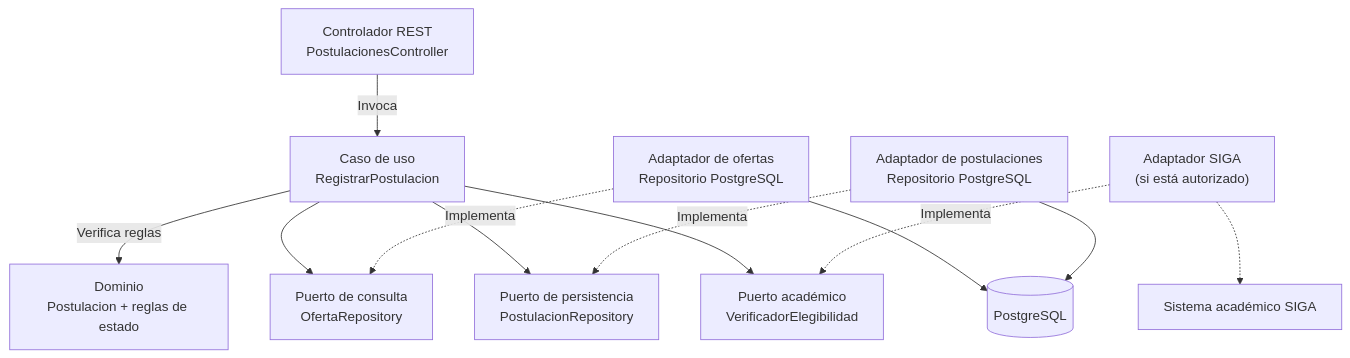
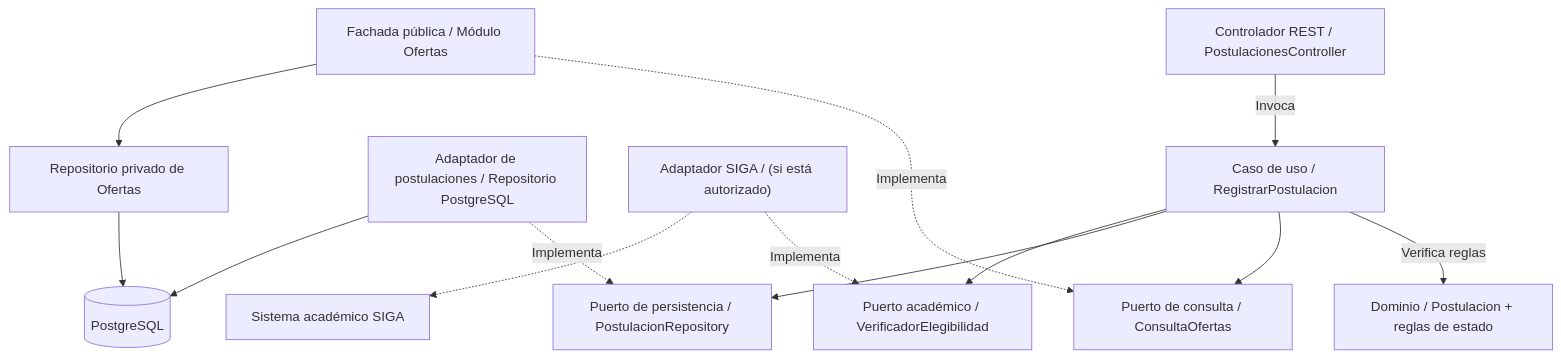
The third of 4 diagrams in docs/02-arquitectura/diagramas-c4/diagramas-c4.md (Jhoncode987/Sistema-de-Gestion-y-Publicacion-Practicas-Preprofesionales), drawn with Mermaid before and after one commit. The commit also changed other lines of this file and 13 other files, not shown here.

Commit message:
docs: conservar arquitectura y diagramas originales y detallar los siete módulos

````diff
--- a/docs/02-arquitectura/diagramas-c4/diagramas-c4.md
+++ b/docs/02-arquitectura/diagramas-c4/diagramas-c4.md
@@ -110,26 +116,27 @@
 ```mermaid
 flowchart TB
-    HTTP["Controlador REST<br/>PostulacionesController"]
-    UC["Caso de uso<br/>RegistrarPostulacion"]
-    OfferPort["Puerto de consulta<br/>OfertaRepository"]
-    AppPort["Puerto de persistencia<br/>PostulacionRepository"]
-    EligibilityPort["Puerto académico<br/>VerificadorElegibilidad"]
-    Domain["Dominio<br/>Postulacion + reglas de estado"]
-    OfferAdapter["Adaptador de ofertas<br/>Repositorio PostgreSQL"]
-    AppAdapter["Adaptador de postulaciones<br/>Repositorio PostgreSQL"]
-    AcademicAdapter["Adaptador SIGA<br/>(si está autorizado)"]
+    HTTP["Controlador REST / PostulacionesController"]
+    UC["Caso de uso / RegistrarPostulacion"]
+    OfferPort["Puerto de consulta / ConsultaOfertas"]
+    AppPort["Puerto de persistencia / PostulacionRepository"]
+    EligibilityPort["Puerto académico / VerificadorElegibilidad"]
+    Domain["Dominio / Postulacion + reglas de estado"]
+    OfferAdapter["Fachada pública / Módulo Ofertas"]
+    AppAdapter["Adaptador de postulaciones / Repositorio PostgreSQL"]
+    AcademicAdapter["Adaptador SIGA / (si está autorizado)"]
     DB[("PostgreSQL")]
     SIGA["Sistema académico SIGA"]
 
     HTTP -->|"Invoca"| UC
     UC -->|"Verifica reglas"| Domain
     UC --> OfferPort
     UC --> AppPort
     UC --> EligibilityPort
     OfferAdapter -.->|"Implementa"| OfferPort
     AppAdapter -.->|"Implementa"| AppPort
     AcademicAdapter -.->|"Implementa"| EligibilityPort
-    OfferAdapter --> DB
+    OfferAdapter --> OfferPrivate["Repositorio privado de Ofertas"]
+    OfferPrivate --> DB
     AppAdapter --> DB
     AcademicAdapter -.-> SIGA
 ```
````
